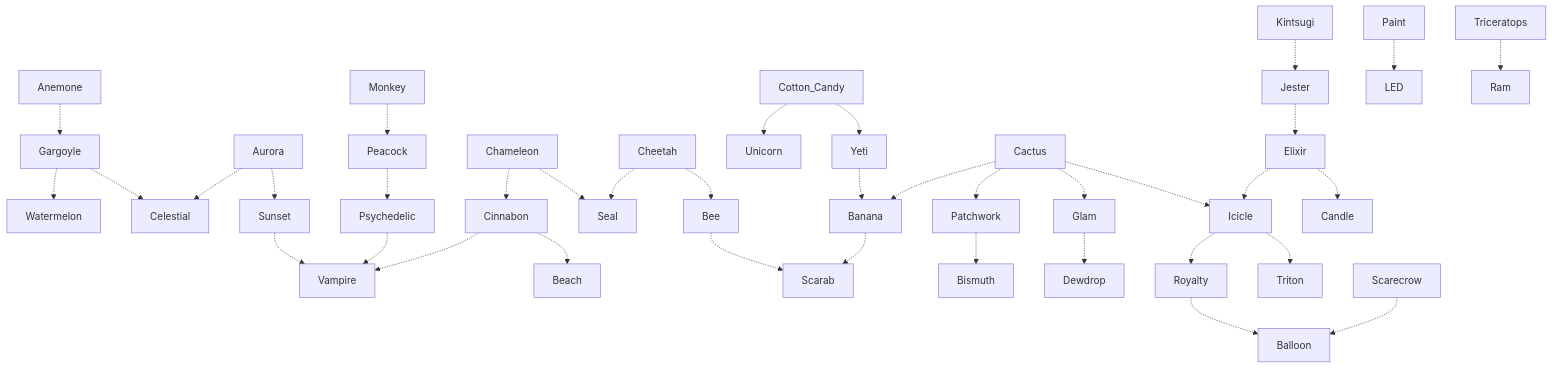
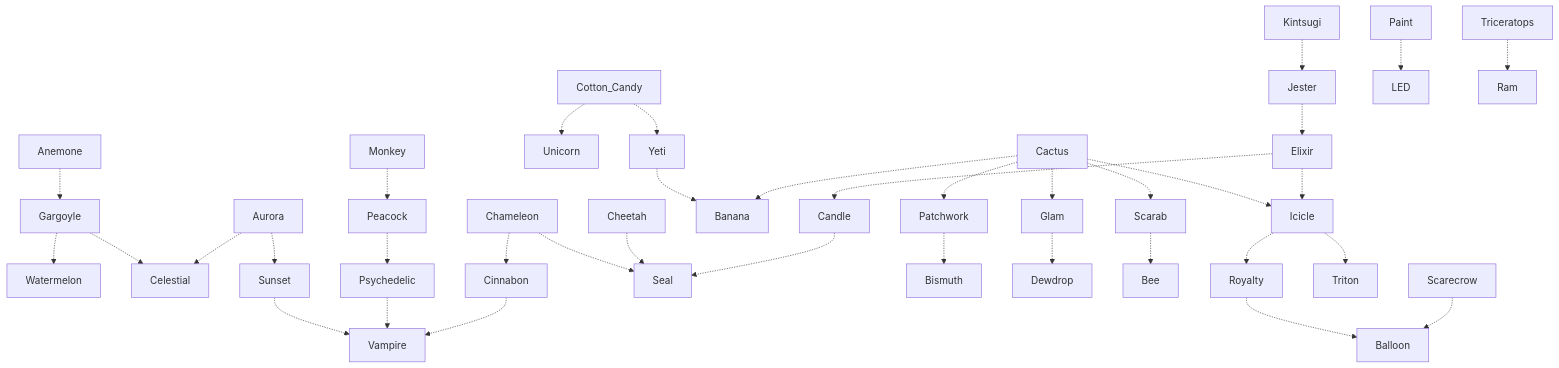
The diagram in Peridot-ArchetypeTree.md (g1ddy/PeridotArchetypeFinder), drawn with Mermaid before and after one commit. The commit also changed 3 other files, not shown here.

````diff
--- a/Peridot-ArchetypeTree.md
+++ b/Peridot-ArchetypeTree.md
@@ -3,49 +3,47 @@
 ```mermaid
 flowchart
 
 Anemone -.-> Gargoyle
 Gargoyle -.-> Watermelon
 Gargoyle -.-> Celestial
 
 Aurora -.-> Celestial
 Aurora -.-> Sunset
 Sunset -.-> Vampire
 
 Monkey -.-> Peacock
 Peacock -.-> Psychedelic
 Psychedelic -.-> Vampire
 
 Cinnabon -.-> Vampire
-Cinnabon -.-> Beach
 Chameleon -.-> Cinnabon
 Chameleon -.-> Seal
 
 Cheetah -.-> Seal
-Cheetah -.-> Bee
-Bee -.-> Scarab
-
-Banana -.-> Scarab
 Cotton_Candy -.-> Unicorn
 Cotton_Candy -.-> Yeti
 Yeti -.-> Banana
 
 Cactus -.-> Banana
 Cactus -.-> Patchwork
 Patchwork -.-> Bismuth
 Cactus -.-> Glam
 Glam -.-> Dewdrop
 Cactus -.-> Icicle
+Cactus -.-> Scarab
+Scarab -.-> Bee
 
 Elixir -.-> Icicle
 Icicle -.-> Royalty
 Icicle -.-> Triton
 Elixir -.-> Candle
 Jester -.-> Elixir
+Candle -.-> Seal
 
 Kintsugi -.-> Jester
 Royalty -.-> Balloon
 Scarecrow -.-> Balloon
 
 Paint -.-> LED
 Triceratops -.-> Ram
 ```
````
